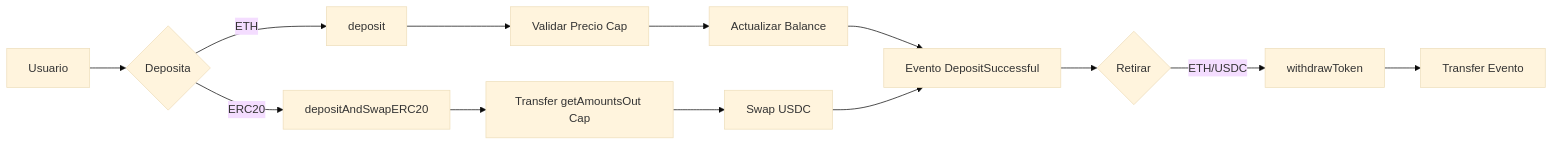
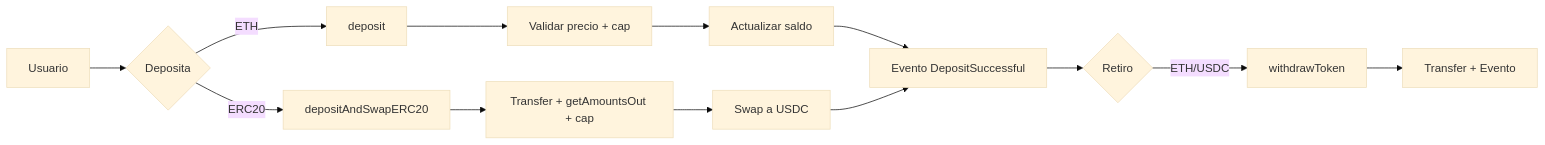
The first of 4 diagrams in README.md (g-centurion/KipuBankV3), drawn with Mermaid (base theme) before and after one commit. The commit also changed other lines of this file and 1 other file, not shown here.

Commit message:
docs: reorganize README and expand FLOW_DIAGRAMS with technical details

````diff
--- a/README.md
+++ b/README.md
@@ -200,15 +139,15 @@
 ```mermaid
 graph LR
    A[Usuario] --> B{Deposita}
    B -->|ETH| C[deposit]
    B -->|ERC20| D[depositAndSwapERC20]
-   C --> E[Validar Precio Cap]
-   D --> F[Transfer getAmountsOut Cap]
-   E --> G[Actualizar Balance]
-   F --> H[Swap USDC]
+   C --> E[Validar precio + cap]
+   D --> F[Transfer + getAmountsOut + cap]
+   E --> G[Actualizar saldo]
+   F --> H[Swap a USDC]
    G --> I[Evento DepositSuccessful]
    H --> I
-   I --> J{Retirar}
+   I --> J{Retiro}
    J -->|ETH/USDC| K[withdrawToken]
-   K --> L[Transfer Evento]
+   K --> L[Transfer + Evento]
 ```
````
